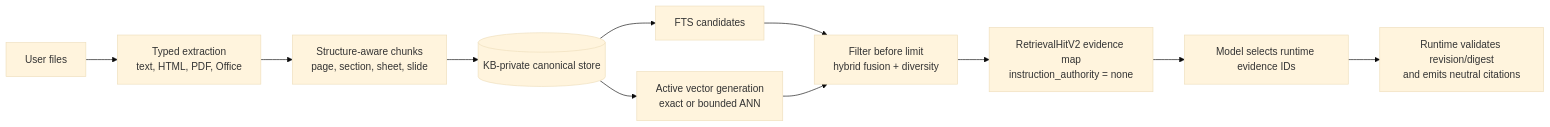
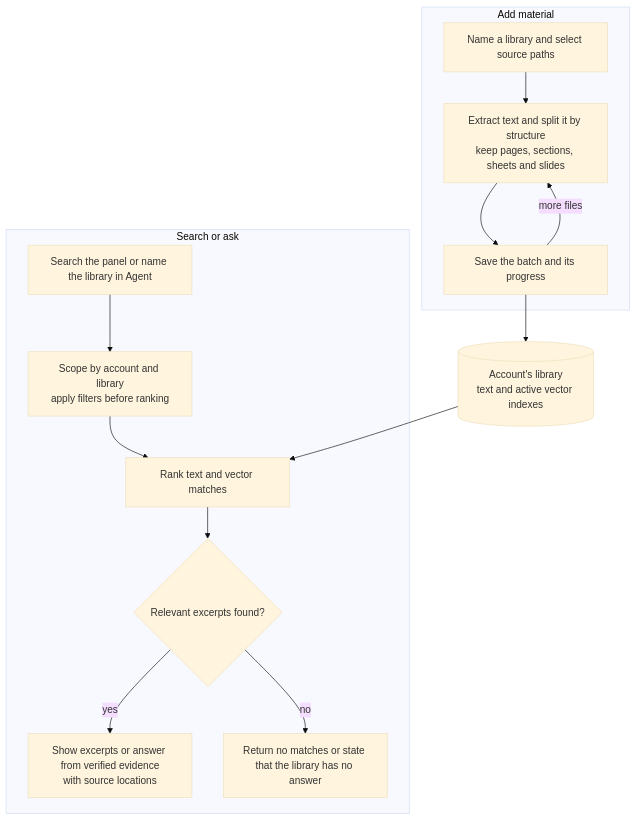
The second of 9 diagrams in README.md (MatrixCoreX/RustClaw), drawn with Mermaid (base theme) before and after one commit. The commit also changed other lines of this file and 3 other files, not shown here.

````diff
--- a/README.md
+++ b/README.md
@@ -445,13 +453,17 @@
 ```mermaid
-flowchart LR
-    A[User files] --> B[Typed extraction<br/>text, HTML, PDF, Office]
-    B --> C[Structure-aware chunks<br/>page, section, sheet, slide]
-    C --> D[(KB-private canonical store)]
-    D --> E[FTS candidates]
-    D --> F[Active vector generation<br/>exact or bounded ANN]
-    E --> G[Filter before limit<br/>hybrid fusion + diversity]
-    F --> G
-    G --> H[RetrievalHitV2 evidence map<br/>instruction_authority = none]
-    H --> I[Model selects runtime evidence IDs]
-    I --> J[Runtime validates revision/digest<br/>and emits neutral citations]
+flowchart TD
+    subgraph Import["Add material"]
+      A[Name a library and select source paths] --> B[Extract text and split it by structure<br/>keep pages, sections, sheets and slides]
+      B --> C[Save the batch and its progress]
+      C -->|more files| B
+    end
+    C --> D[(Account's library<br/>text and active vector indexes)]
+    subgraph Ask["Search or ask"]
+      Q[Search the panel or name the library in Agent] --> F[Scope by account and library<br/>apply filters before ranking]
+      F --> G[Rank text and vector matches]
+      G --> H{Relevant excerpts found?}
+      H -->|yes| I[Show excerpts or answer from verified evidence<br/>with source locations]
+      H -->|no| J[Return no matches or state that the library has no answer]
+    end
+    D --> G
 ```
````
